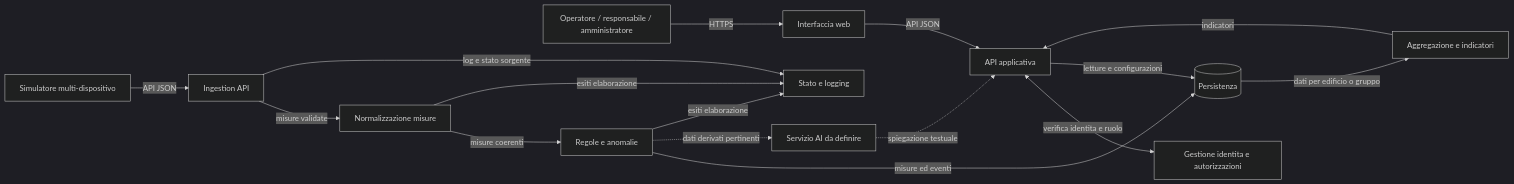
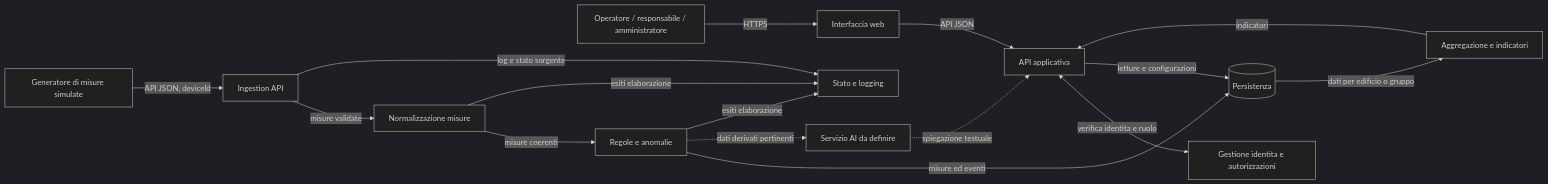
One commit to RickdoMasco/EnergyMonitor_UF14 changed the diagram in docs/architecture-v1.md. Above: the diagram before and after it, drawn with Mermaid (dark theme). The commit also changed other lines of this file and 7 other files, not shown here.

````diff
--- a/docs/architecture-v1.md
+++ b/docs/architecture-v1.md
@@ -36,18 +75,18 @@
 ```mermaid
 flowchart LR
   Users[Operatore / responsabile / amministratore] -->|HTTPS| Web[Interfaccia web]
   Web -->|API JSON| AppAPI[API applicativa]
   AppAPI <-->|verifica identita e ruolo| IAM[Gestione identita e autorizzazioni]
   AppAPI -->|letture e configurazioni| DB[(Persistenza)]
-  Sim[Simulatore multi-dispositivo] -->|API JSON| Ingest[Ingestion API]
+  Sim[Generatore di misure simulate] -->|API JSON, deviceId| Ingest[Ingestion API]
   Ingest -->|misure validate| Normalize[Normalizzazione misure]
   Normalize -->|misure coerenti| Rules[Regole e anomalie]
   Rules -->|misure ed eventi| DB
   DB -->|dati per edificio o gruppo| Aggregate[Aggregazione e indicatori]
   Aggregate -->|indicatori| AppAPI
   Rules -.->|dati derivati pertinenti| AI[Servizio AI da definire]
   AI -.->|spiegazione testuale| AppAPI
   Ingest -->|log e stato sorgente| Ops[Stato e logging]
   Normalize -->|esiti elaborazione| Ops
   Rules -->|esiti elaborazione| Ops
 ```
````
